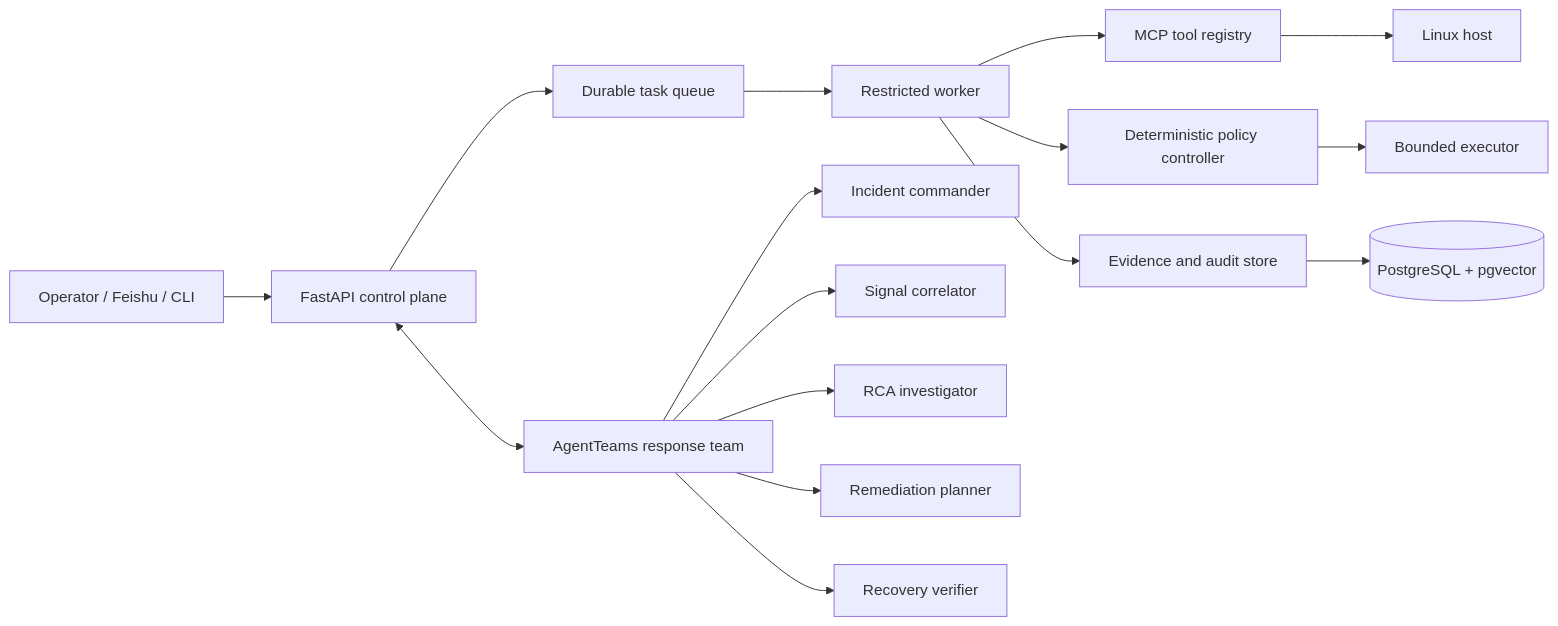
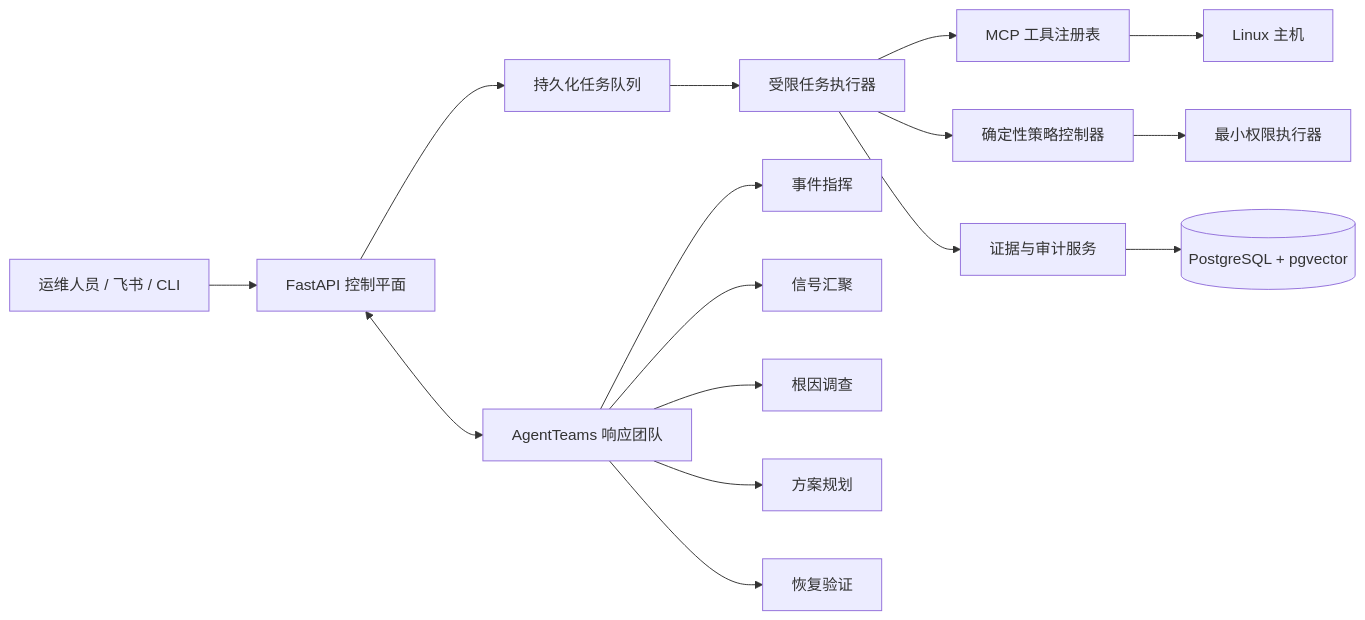
Before and after one commit to Jpl-hub/opscouncil: the diagram in README.md, drawn with Mermaid. The commit also changed other lines of this file and 27 other files, not shown here.

Commit message:
feat: add governed multi-agent incident response

````diff
--- a/README.md
+++ b/README.md
@@ -18,18 +19,18 @@
 ```mermaid
 flowchart LR
-    O[Operator / Feishu / CLI] --> A[FastAPI control plane]
-    A --> Q[Durable task queue]
-    Q --> W[Restricted worker]
-    W --> M[MCP tool registry]
-    M --> H[Linux host]
-    W --> G[Deterministic policy controller]
-    G --> X[Bounded executor]
-    W --> E[Evidence and audit store]
-    E --> P[(PostgreSQL + pgvector)]
-    A <--> T[AgentTeams response team]
-    T --> C[Incident commander]
-    T --> S[Signal correlator]
-    T --> R[RCA investigator]
-    T --> L[Remediation planner]
-    T --> V[Recovery verifier]
+    O["运维人员 / 飞书 / CLI"] --> A["FastAPI 控制平面"]
+    A --> Q["持久化任务队列"]
+    Q --> W["受限任务执行器"]
+    W --> M["MCP 工具注册表"]
+    M --> H["Linux 主机"]
+    W --> G["确定性策略控制器"]
+    G --> X["最小权限执行器"]
+    W --> E["证据与审计服务"]
+    E --> P[("PostgreSQL + pgvector")]
+    A <--> T["AgentTeams 响应团队"]
+    T --> C["事件指挥"]
+    T --> S["信号汇聚"]
+    T --> R["根因调查"]
+    T --> L["方案规划"]
+    T --> V["恢复验证"]
 ```
````
